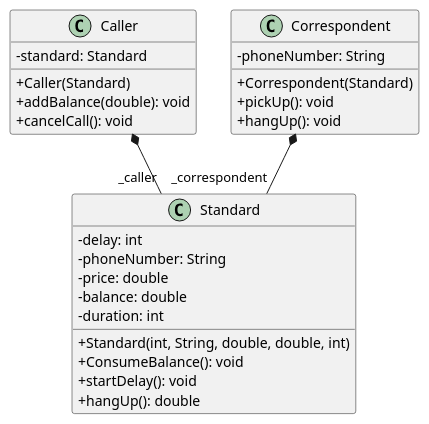
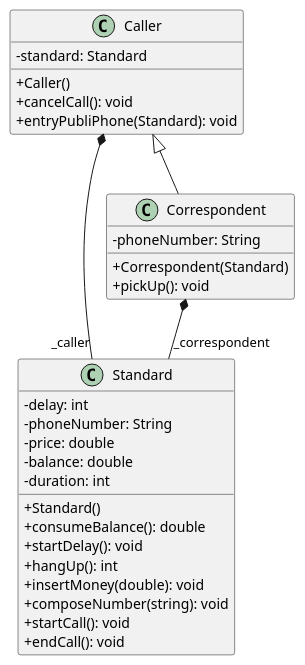
Before and after one commit to lpodev/publiphone: the diagram in Class_Diagram.plantuml, drawn with PlantUML. The commit also changed 1 other file, not shown here.

```diff
--- a/Class_Diagram.plantuml
+++ b/Class_Diagram.plantuml
@@ -1,37 +1,41 @@
 @startuml shopping
 skinparam classAttributeIconSize 0
 
 
 class Standard {
     - delay: int
     - phoneNumber: String 
     - price: double
     - balance: double
     - duration: int
     
-    + Standard(int, String, double, double, int)
-    + ConsumeBalance(): void
+    + Standard()
+    + consumeBalance(): double
     + startDelay(): void
-    + hangUp(): double
+    + hangUp(): int
+    + insertMoney(double): void
+    + composeNumber(string): void
+    + startCall(): void
+    + endCall(): void
 }
-
 
 class Caller {
     - standard: Standard
-    + Caller(Standard)
-    + addBalance(double): void
+
+    + Caller()
     + cancelCall(): void
+    + entryPubliPhone(Standard): void
 }
 
 class Correspondent {
     - phoneNumber: String 
 
     + Correspondent(Standard)
     + pickUp(): void
-    + hangUp(): void
 }
 
 Caller *--  "_caller" Standard
 Correspondent *-- "_correspondent" Standard
+Caller <|-- Correspondent
 
 @enduml
```
